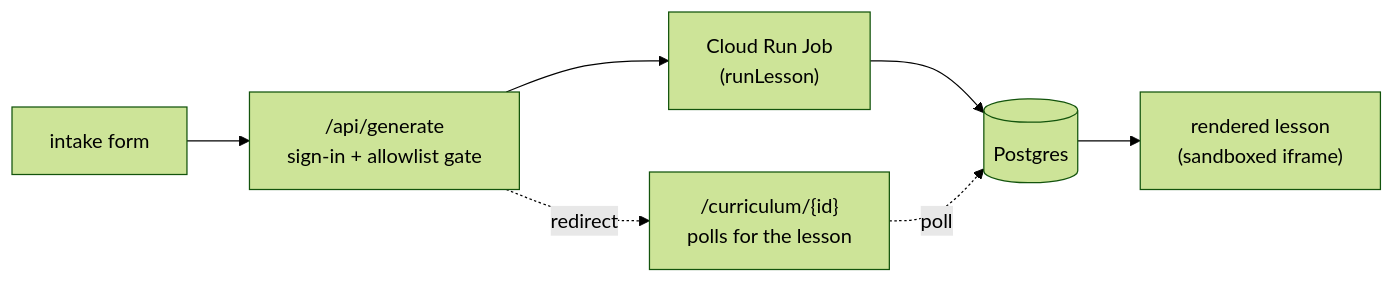
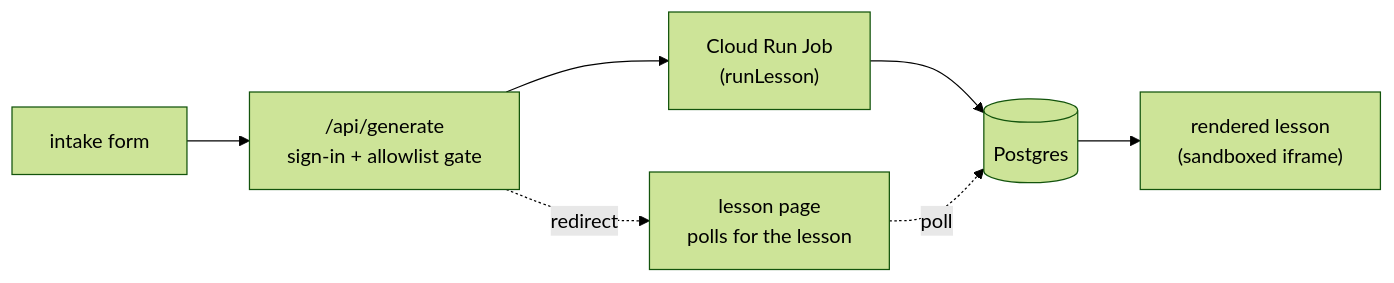
Before and after one commit to julianken/topic-synthesis: the second of 2 diagrams in README.md, drawn with Mermaid (forest theme). The commit also changed other lines of this file and 20 other files, not shown here.

````diff
--- a/README.md
+++ b/README.md
@@ -32,9 +32,9 @@
 ```mermaid
 flowchart LR
   F["intake form"] --> G["/api/generate<br/>sign-in + allowlist gate"]
   G --> J["Cloud Run Job<br/>(runLesson)"]
-  G -.->|redirect| PG["/curriculum/{id}<br/>polls for the lesson"]
+  G -.->|redirect| PG["lesson page<br/>polls for the lesson"]
   J --> DB[("Postgres")]
   PG -.->|poll| DB
   DB --> L["rendered lesson<br/>(sandboxed iframe)"]
 ```
````
